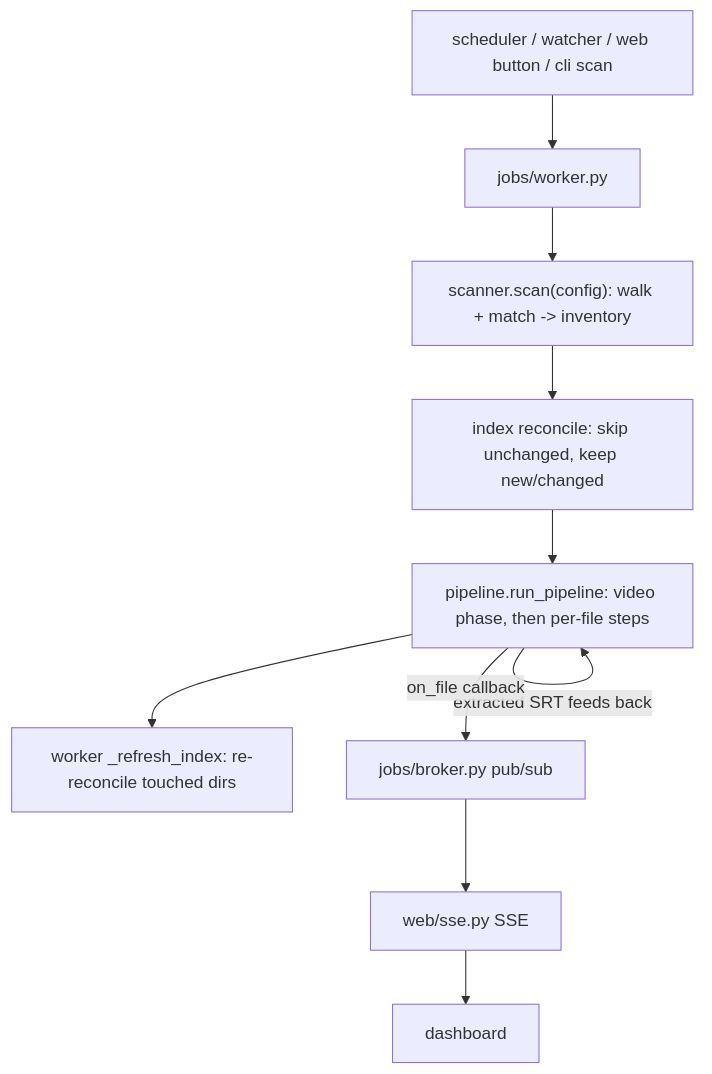
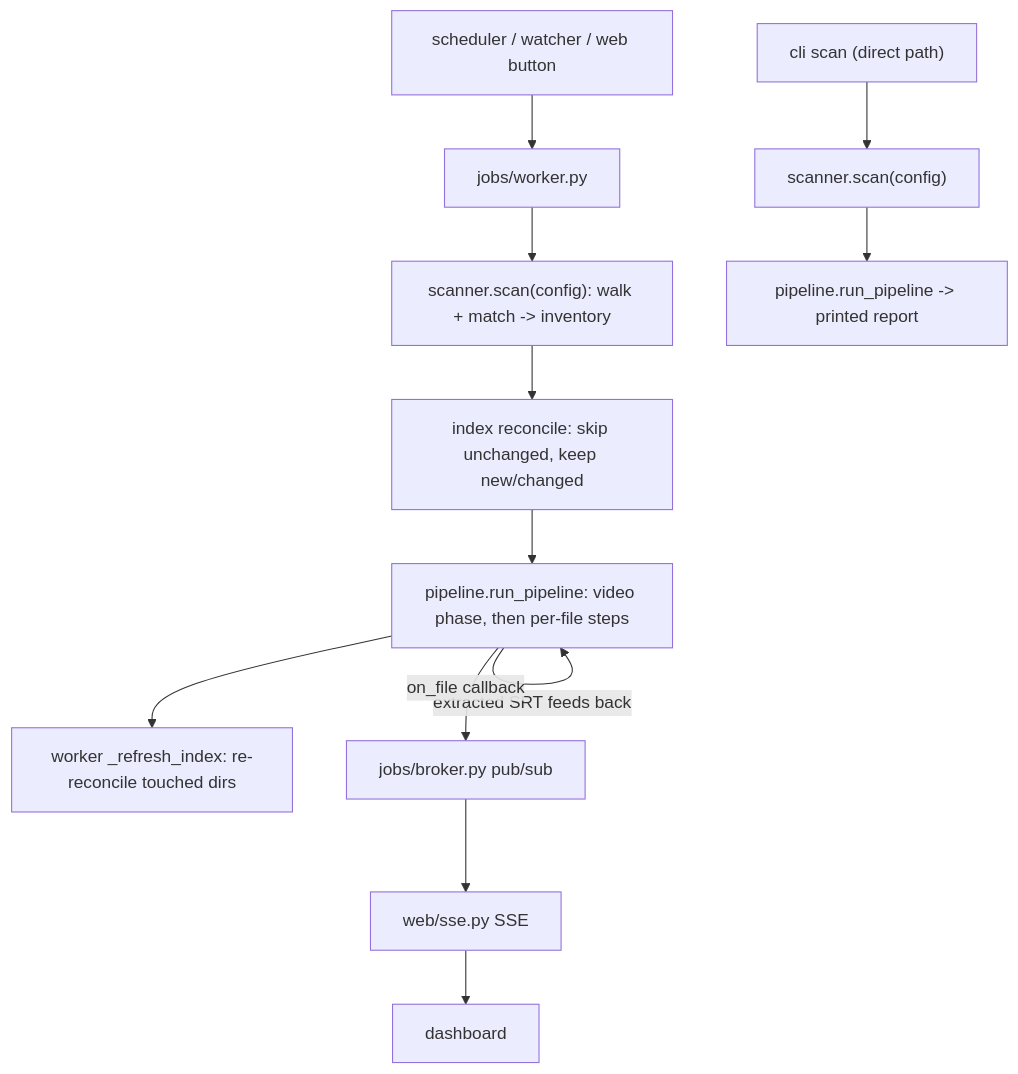
Before and after one commit to jjgroenendijk/subtitle-tool: the diagram in src/subtitle_tool/AGENTS.md, drawn with Mermaid. The commit also changed other lines of this file and 1 other file, not shown here.

First line of the commit message:
docs: separate CLI direct scan from worker-backed flow

````diff
--- a/src/subtitle_tool/AGENTS.md
+++ b/src/subtitle_tool/AGENTS.md
@@ -109,11 +109,13 @@
 ```mermaid
 flowchart TD
-    triggers["scheduler / watcher / web button / cli scan"] --> worker["jobs/worker.py"]
+    triggers["scheduler / watcher / web button"] --> worker["jobs/worker.py"]
     worker --> scan["scanner.scan(config): walk + match -> inventory"]
     scan --> reconcile["index reconcile: skip unchanged, keep new/changed"]
     reconcile --> pipeline["pipeline.run_pipeline: video phase, then per-file steps"]
     pipeline -->|extracted SRT feeds back| pipeline
     pipeline --> refresh["worker _refresh_index: re-reconcile touched dirs"]
     pipeline -->|on_file callback| broker["jobs/broker.py pub/sub"]
     broker --> sse["web/sse.py SSE"] --> dashboard["dashboard"]
+    cli["cli scan (direct path)"] --> cscan["scanner.scan(config)"]
+    cscan --> cpipe["pipeline.run_pipeline -> printed report"]
 ```
````
